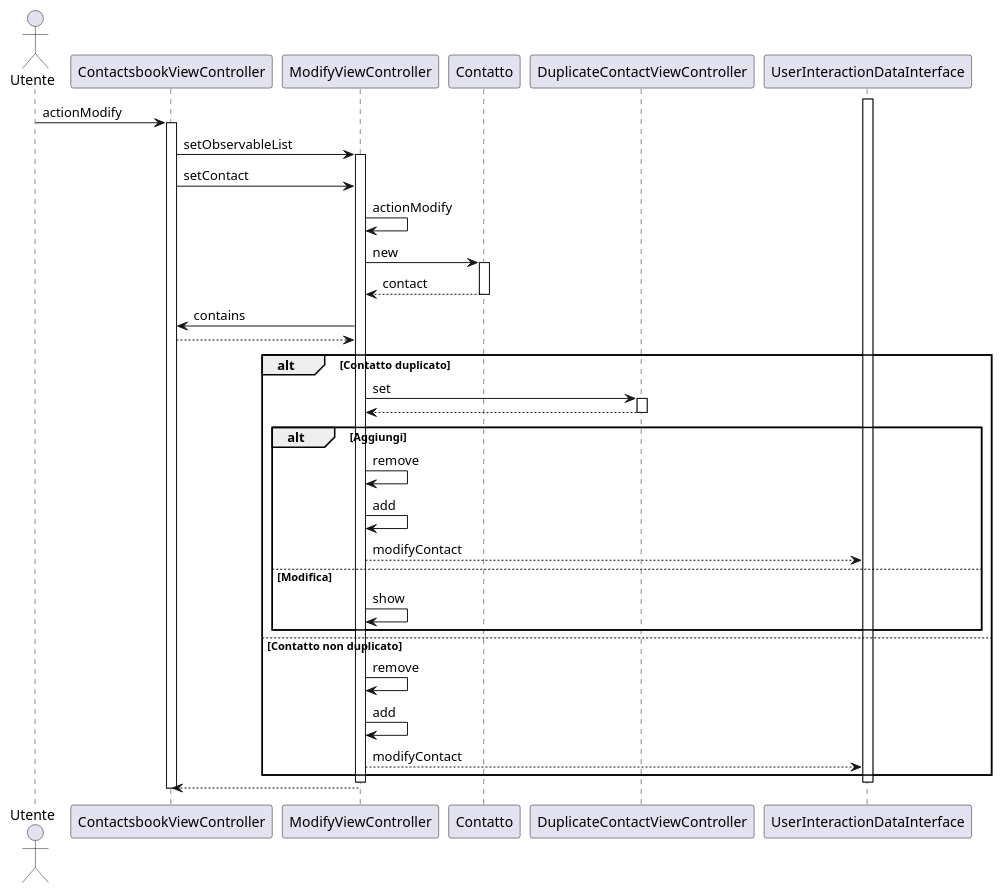
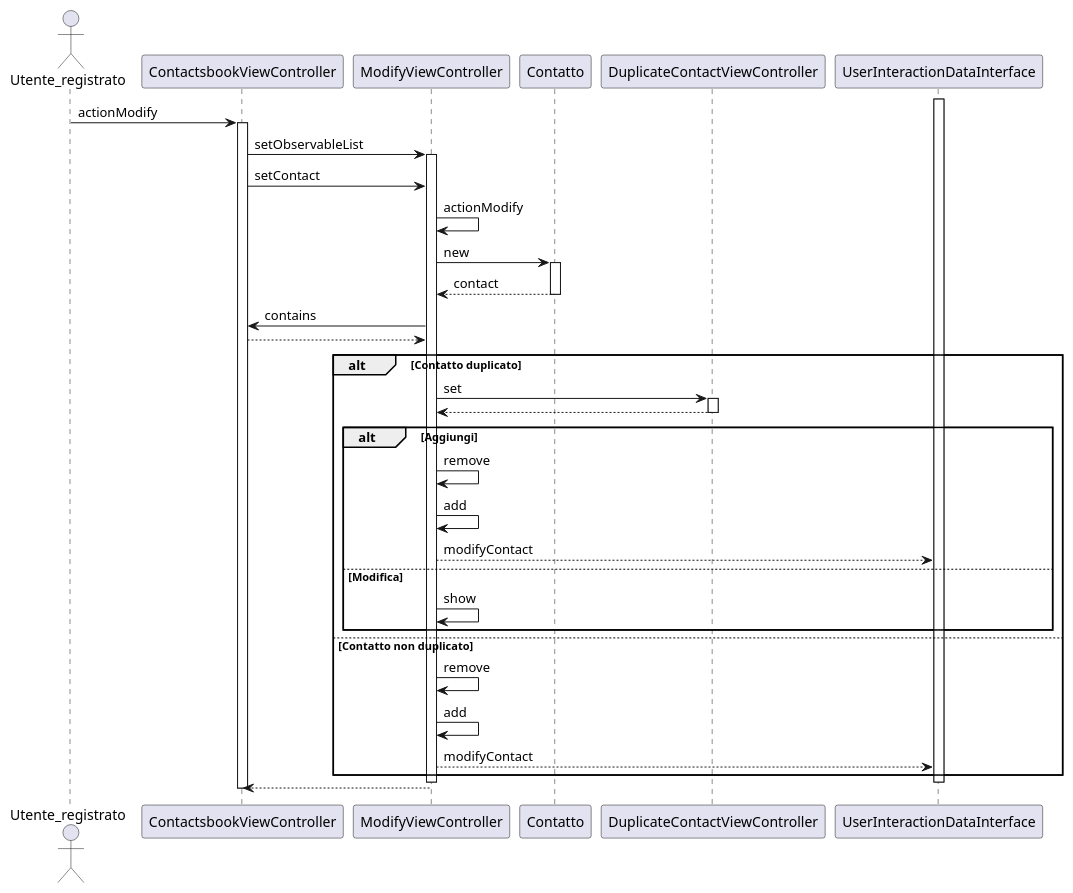
One commit to CupoMeridio/Ingegneria-del-software-2024-2025 changed the diagram in src/main/resources/SequenceDiagrams/SequenceDiagram_actionModify.puml. Above: the diagram before and after it, drawn with PlantUML. The commit also changed 3 other files, not shown here.

```diff
--- a/src/main/resources/SequenceDiagrams/SequenceDiagram_actionModify.puml
+++ b/src/main/resources/SequenceDiagrams/SequenceDiagram_actionModify.puml
@@ -1,44 +1,44 @@
 @startuml
-actor Utente
+actor Utente_registrato
 participant ContactsbookViewController
 participant ModifyViewController
 participant "Contatto" as Contact
 participant DuplicateContactViewController
 participant UserInteractionDataInterface
 
 
-Utente -> ContactsbookViewController: actionModify
+Utente_registrato -> ContactsbookViewController: actionModify
 activate ContactsbookViewController
 ContactsbookViewController->ModifyViewController: setObservableList
 activate ModifyViewController
 ContactsbookViewController->ModifyViewController: setContact
 ModifyViewController -> ModifyViewController: actionModify
 ModifyViewController->Contact: new
 activate Contact
 Contact-->ModifyViewController: contact
 deactivate Contact
 ModifyViewController->ContactsbookViewController: contains
 ContactsbookViewController-->ModifyViewController
 alt Contatto duplicato
     ModifyViewController -> DuplicateContactViewController: set
     activate DuplicateContactViewController
     DuplicateContactViewController-->ModifyViewController
     deactivate DuplicateContactViewController 
         alt Aggiungi
             ModifyViewController->ModifyViewController:remove
             ModifyViewController->ModifyViewController:add
             ModifyViewController-->UserInteractionDataInterface: modifyContact
         else Modifica
             ModifyViewController->ModifyViewController:show
         end
 else Contatto non duplicato
 ModifyViewController->ModifyViewController: remove
 ModifyViewController->ModifyViewController: add
 ModifyViewController-->UserInteractionDataInterface: modifyContact
 end
 activate UserInteractionDataInterface
 deactivate ModifyViewController
 deactivate UserInteractionDataInterface
 ModifyViewController-->ContactsbookViewController
 deactivate ContactsbookViewController
 @enduml 
```
